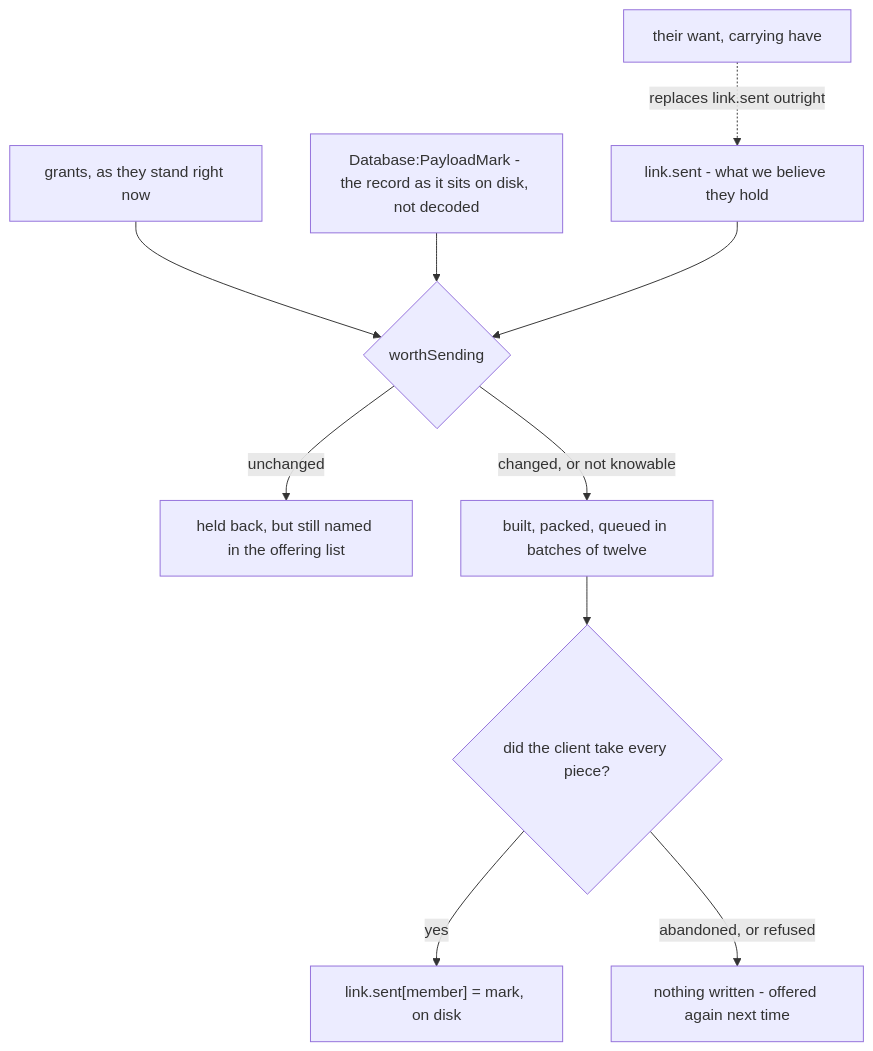
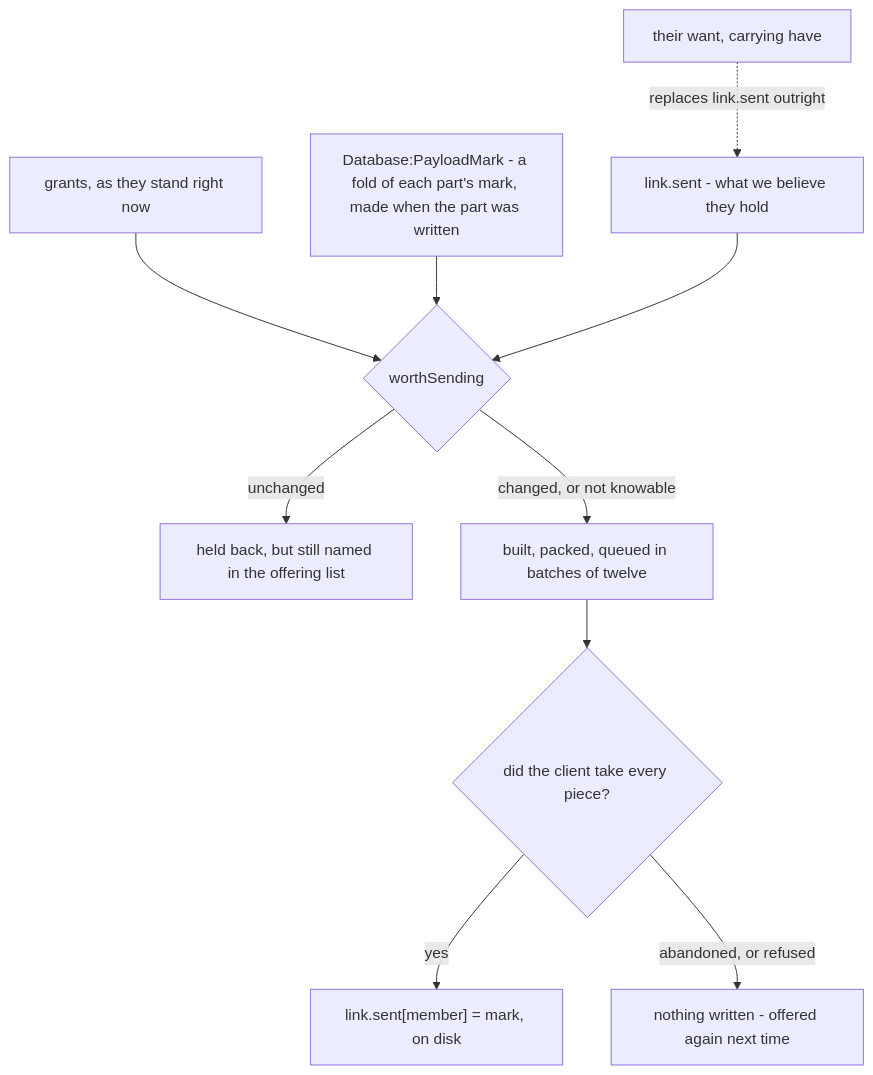
Before and after one commit to uga/Family: the second of 2 diagrams in docs/WIDE-TRANSFER.md, drawn with Mermaid. The commit also changed other lines of this file and 27 other files, not shown here.

````diff
--- a/docs/WIDE-TRANSFER.md
+++ b/docs/WIDE-TRANSFER.md
@@ -119,12 +119,12 @@
 ```mermaid
 flowchart TD
     G["grants, as they stand right now"] --> W{"worthSending"}
-    D["Database:PayloadMark - the record as it sits on disk, not decoded"] --> W
+    D["Database:PayloadMark - a fold of each part's mark, made when the part was written"] --> W
     H["link.sent - what we believe they hold"] --> W
     W -->|"unchanged"| X["held back, but still named in the offering list"]
     W -->|"changed, or not knowable"| P["built, packed, queued in batches of twelve"]
     P --> C{"did the client take every piece?"}
     C -->|"yes"| M["link.sent[member] = mark, on disk"]
     C -->|"abandoned, or refused"| N["nothing written - offered again next time"]
     T["their want, carrying have"] -.->|"replaces link.sent outright"| H
 ```
````
